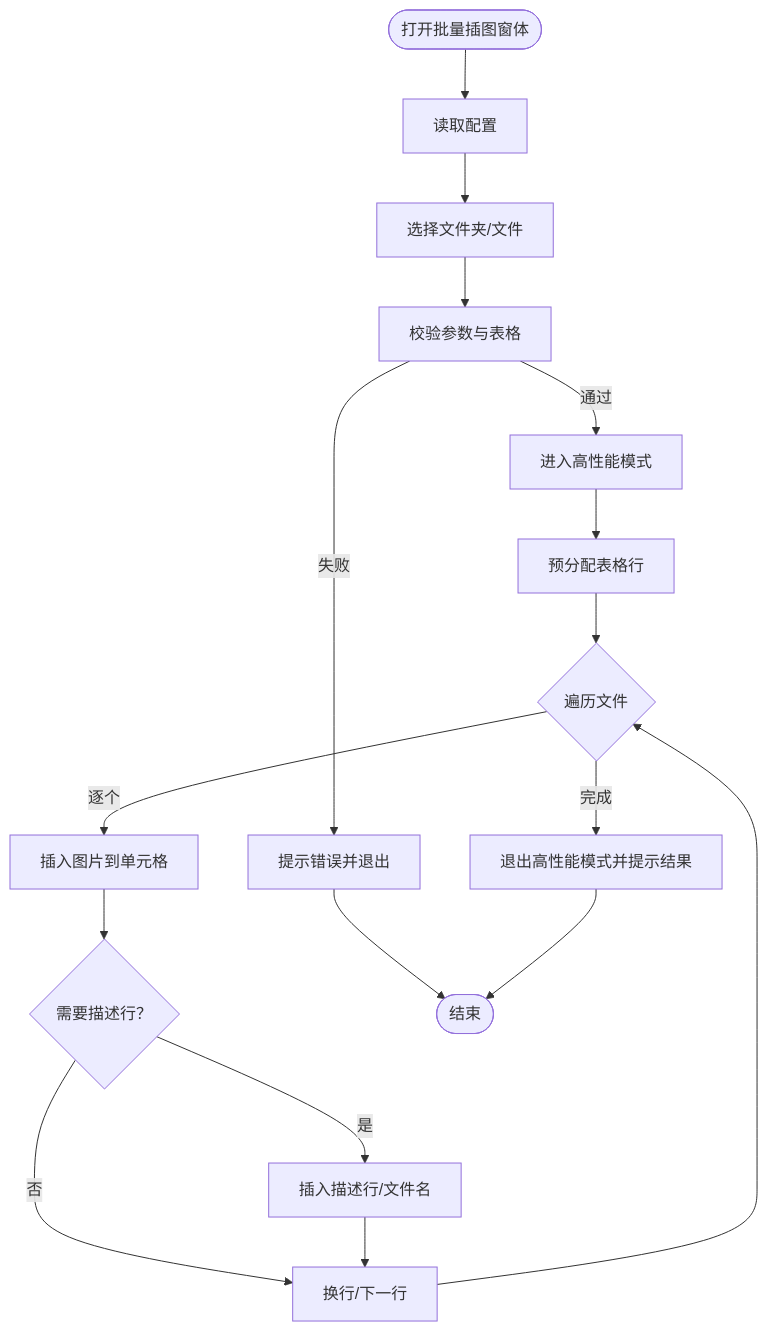
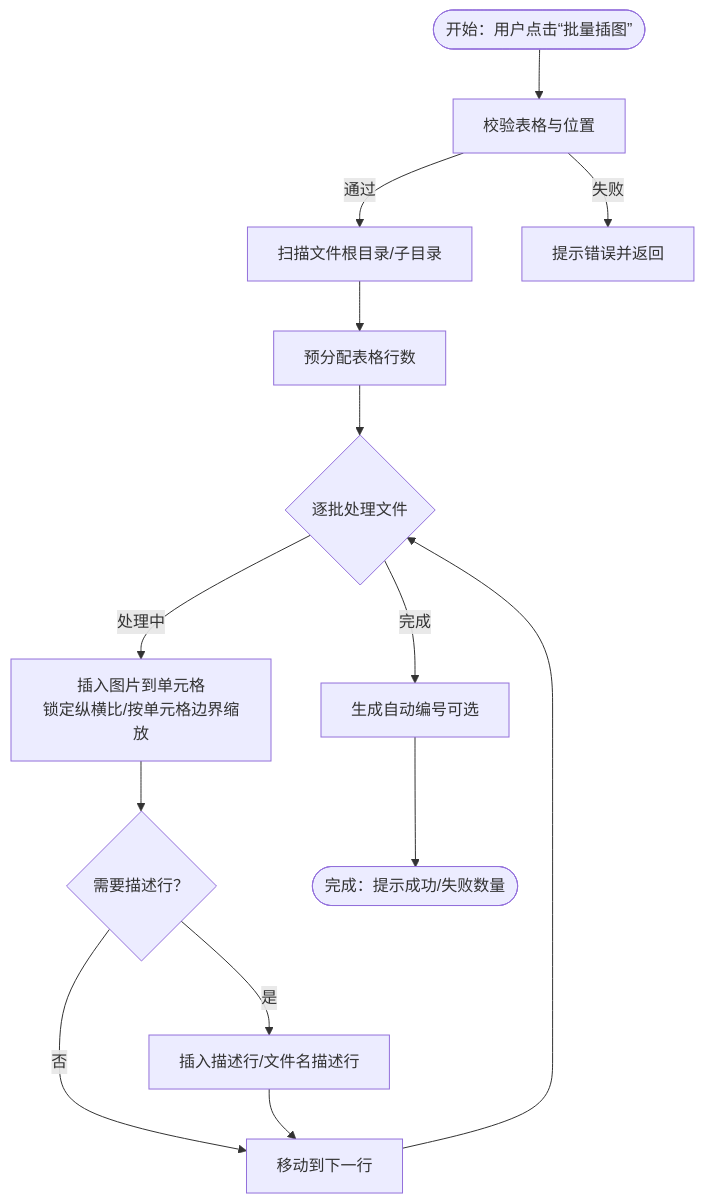
One commit to rainiva/WordTools changed the fourth of 5 diagrams in .qoder/repowiki/zh/content/项目概述.md. Above: the diagram before and after it, drawn with Mermaid. The commit also changed other lines of this file and 63 other files, not shown here.

First line of the commit message:
全面优化：代码质量修复、自动编号重构、插图性能优化

````diff
--- a/.qoder/repowiki/zh/content/项目概述.md
+++ b/.qoder/repowiki/zh/content/项目概述.md
@@ -218,19 +240,16 @@
 ```mermaid
 flowchart TD
-Start(["打开批量插图窗体"]) --> LoadCfg["读取配置"]
-LoadCfg --> ChooseFiles["选择文件夹/文件"]
-ChooseFiles --> Validate["校验参数与表格"]
-Validate --> |通过| PerfEnter["进入高性能模式"]
-Validate --> |失败| PromptErr["提示错误并退出"]
-PerfEnter --> Prealloc["预分配表格行"]
-Prealloc --> Loop{"遍历文件"}
-Loop --> |逐个| InsertImg["插入图片到单元格"]
-InsertImg --> DescCheck{"需要描述行？"}
-DescCheck --> |是| AddDesc["插入描述行/文件名"]
-DescCheck --> |否| NextRow["换行/下一行"]
-AddDesc --> NextRow
+Start(["开始：用户点击“批量插图”"]) --> Validate["校验表格与位置"]
+Validate --> |通过| Scan["扫描文件根目录/子目录"]
+Validate --> |失败| PromptError["提示错误并返回"]
+Scan --> Prealloc["预分配表格行数"]
+Prealloc --> Loop{"逐批处理文件"}
+Loop --> |处理中| Insert["插入图片到单元格<br/>锁定纵横比/按单元格边界缩放"]
+Insert --> Desc{"需要描述行？"}
+Desc --> |是| DescRow["插入描述行/文件名描述行"]
+Desc --> |否| NextRow["移动到下一行"]
+DescRow --> NextRow
 NextRow --> Loop
-Loop --> |完成| Finish["退出高性能模式并提示结果"]
-PromptErr --> End(["结束"])
-Finish --> End
+Loop --> |完成| Numbering["生成自动编号可选"]
+Numbering --> Finish(["完成：提示成功/失败数量"])
 ```
````
